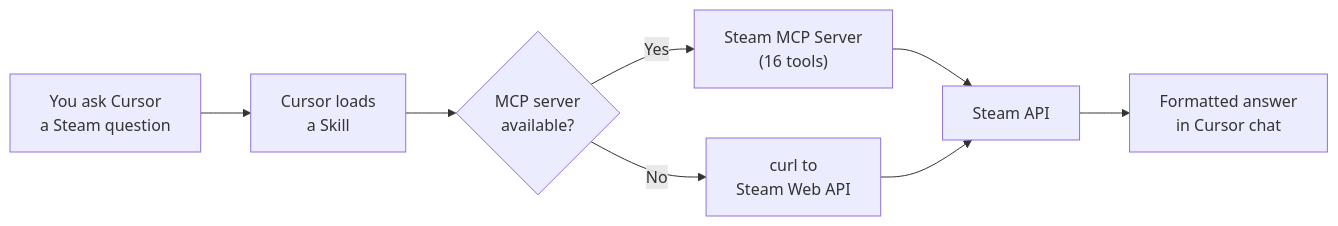
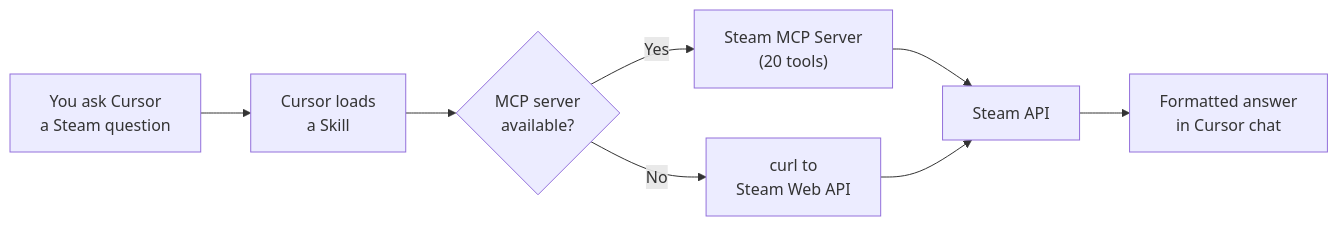
Before and after one commit to TMHSDigital/Steam-Cursor-Plugin: the diagram in README.md, drawn with Mermaid. The commit also changed other lines of this file and 5 other files, not shown here.

First line of the commit message:
feat: v0.9.0 "Complete" — 4 new MCP read tools, 20 total

````diff
--- a/README.md
+++ b/README.md
@@ -53,10 +53,10 @@
 ```mermaid
 flowchart LR
     A["You ask Cursor\na Steam question"] --> B["Cursor loads\na Skill"]
     B --> C{"MCP server\navailable?"}
-    C -- Yes --> D["Steam MCP Server\n(16 tools)"]
+    C -- Yes --> D["Steam MCP Server\n(20 tools)"]
     C -- No --> E["curl to\nSteam Web API"]
     D --> F["Steam API"]
     E --> F
     F --> G["Formatted answer\nin Cursor chat"]
 ```
````
